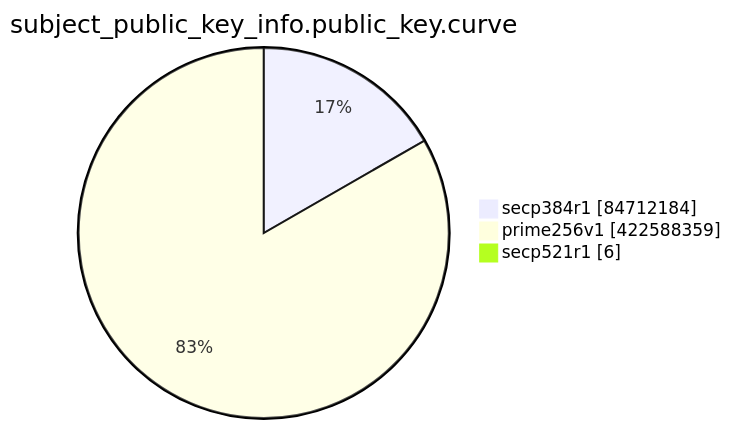
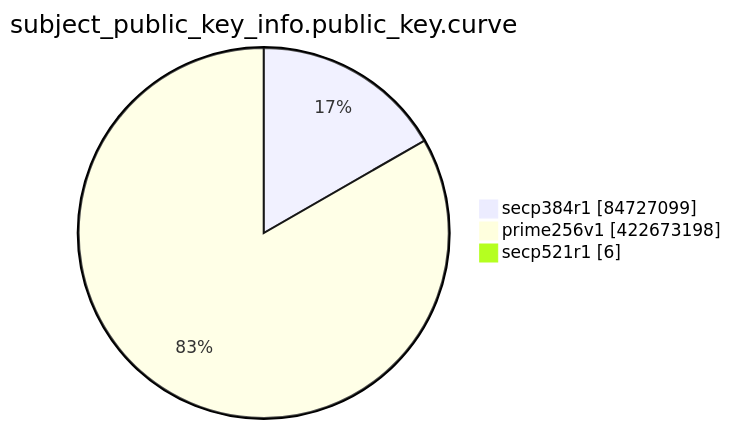
One commit to christiankrug/ctmonitor_visualization changed the eighth of 15 diagrams in TOTAL/README.md. Above: the diagram before and after it, drawn with Mermaid. The commit also changed other lines of this file, not shown here.

````diff
--- a/TOTAL/README.md
+++ b/TOTAL/README.md
@@ -3099,7 +3099,7 @@
 ```mermaid
 pie showData
 title subject_public_key_info.public_key.curve
-"secp384r1" :84712184
-"prime256v1" :422588359
+"secp384r1" :84727099
+"prime256v1" :422673198
 "secp521r1" :6
 ```
````
